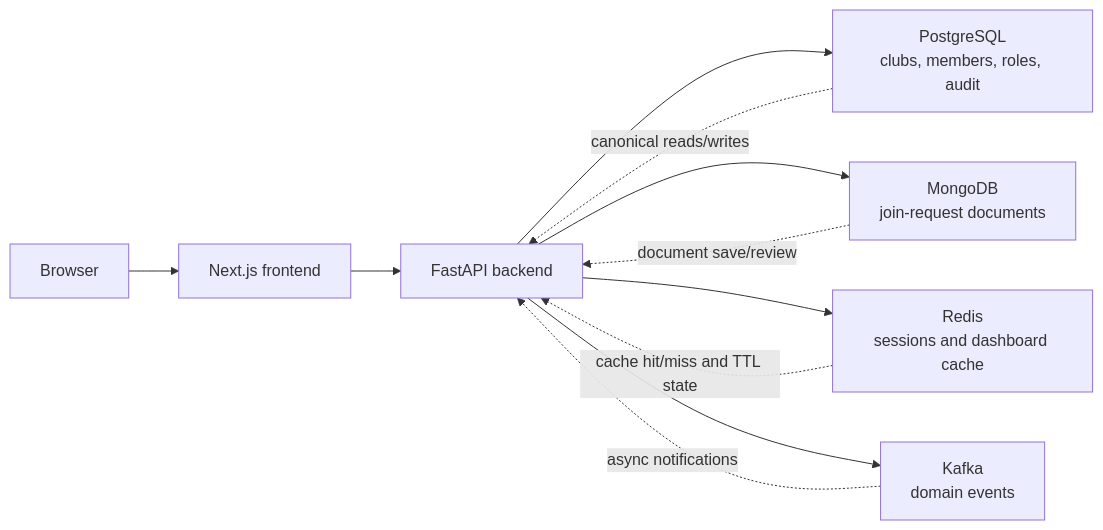
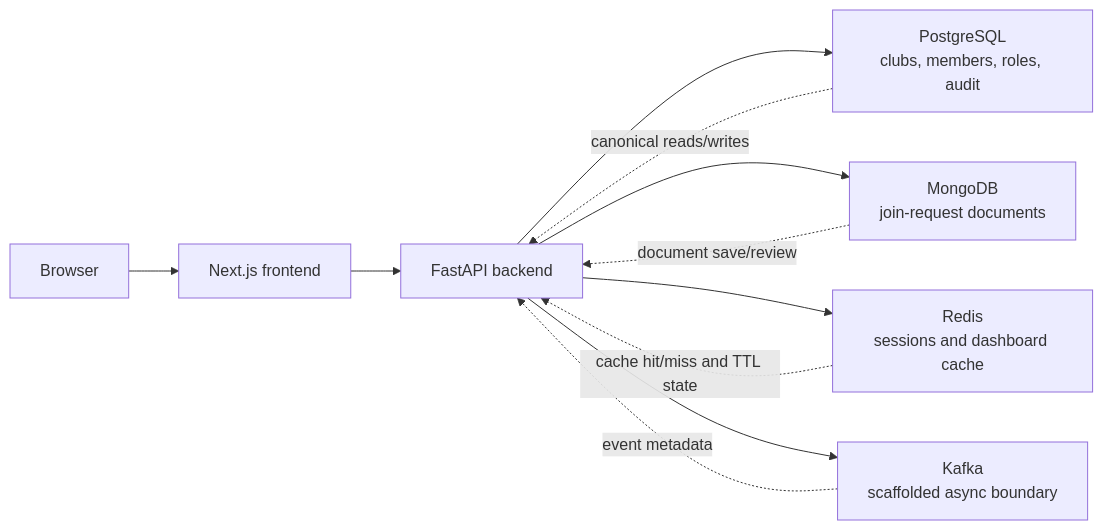
The diagram in docs/analysis/frontend-dev-environment-writeup.md (MichaelOlave/ClubCRM), drawn with Mermaid before and after one commit. The commit also changed other lines of this file and 17 other files, not shown here.

````diff
--- a/docs/analysis/frontend-dev-environment-writeup.md
+++ b/docs/analysis/frontend-dev-environment-writeup.md
@@ -19,13 +19,13 @@
 ```mermaid
 flowchart LR
     A["Browser"] --> B["Next.js frontend"]
     B --> C["FastAPI backend"]
     C --> D["PostgreSQL<br/>clubs, members, roles, audit"]
     C --> E["MongoDB<br/>join-request documents"]
     C --> F["Redis<br/>sessions and dashboard cache"]
-    C --> G["Kafka<br/>domain events"]
+    C --> G["Kafka<br/>scaffolded async boundary"]
     D -. "canonical reads/writes" .-> C
     E -. "document save/review" .-> C
     F -. "cache hit/miss and TTL state" .-> C
-    G -. "async notifications" .-> C
+    G -. "event metadata" .-> C
 ```
````
